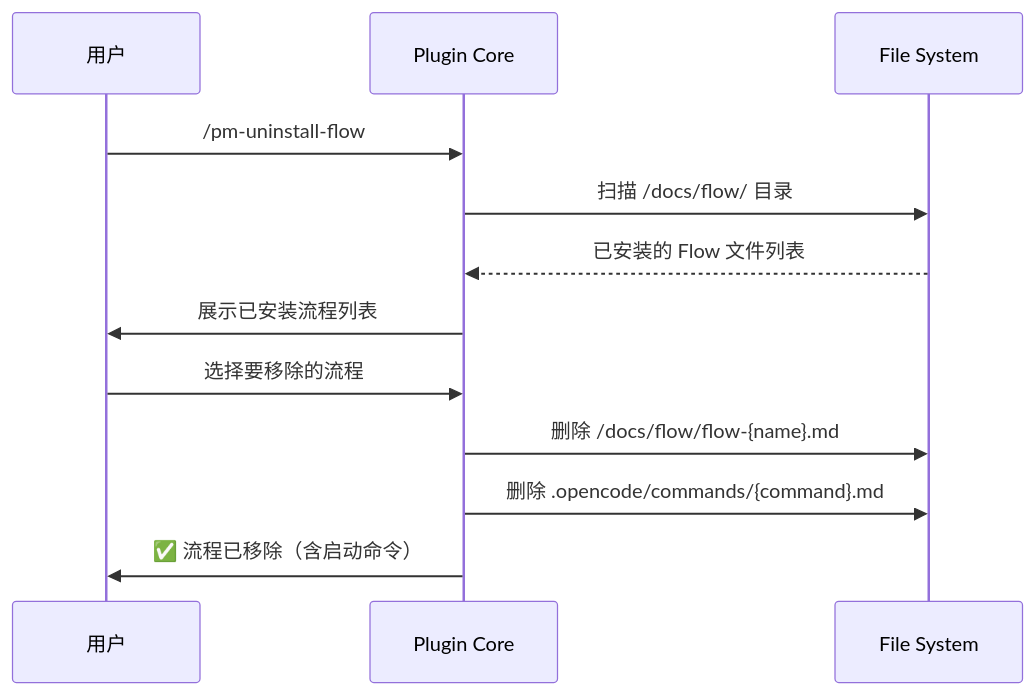
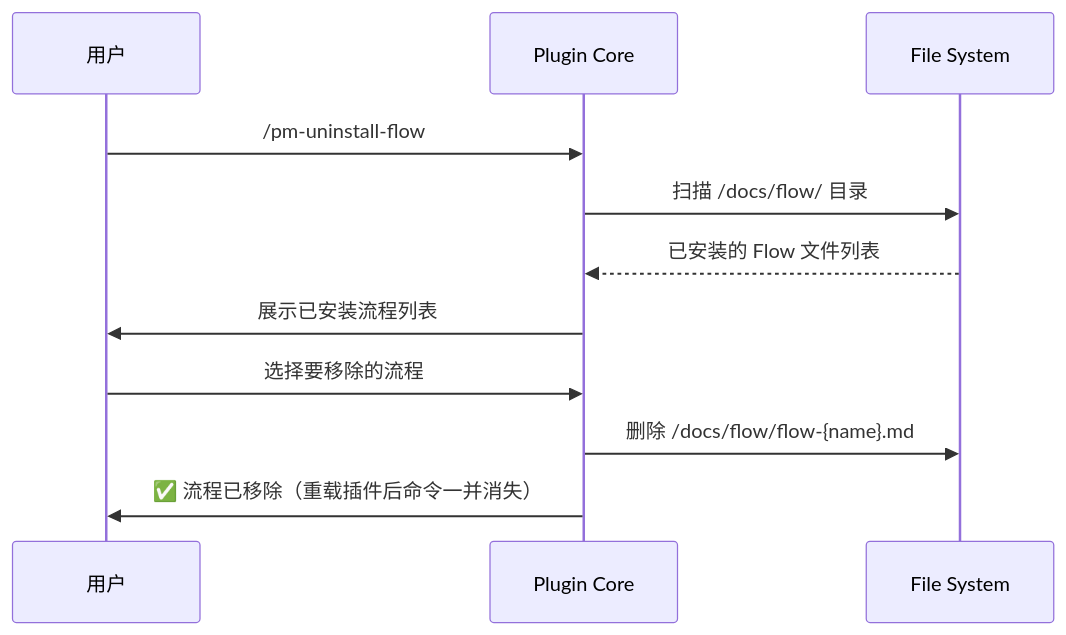
One commit to hank-cp/opencode-vibe-pm changed the third of 3 diagrams in docs/spec/vibe-pm-template-manager.md. Above: the diagram before and after it, drawn with Mermaid. The commit also changed other lines of this file and 8 other files, not shown here.

First line of the commit message:
feat(pm-install-flow): 新增 all 子命令，批量安装全部内置 flow

````diff
--- a/docs/spec/vibe-pm-template-manager.md
+++ b/docs/spec/vibe-pm-template-manager.md
@@ -74,15 +147,14 @@
 ```mermaid
 sequenceDiagram
     participant User as 用户
     participant Core as Plugin Core
     participant FS as File System
 
     User->>Core: /pm-uninstall-flow
     Core->>FS: 扫描 /docs/flow/ 目录
     FS-->>Core: 已安装的 Flow 文件列表
     Core->>User: 展示已安装流程列表
     User->>Core: 选择要移除的流程
     Core->>FS: 删除 /docs/flow/flow-{name}.md
-    Core->>FS: 删除 .opencode/commands/{command}.md
-    Core->>User: ✅ 流程已移除（含启动命令）
+    Core->>User: ✅ 流程已移除（重载插件后命令一并消失）
 ```
````
